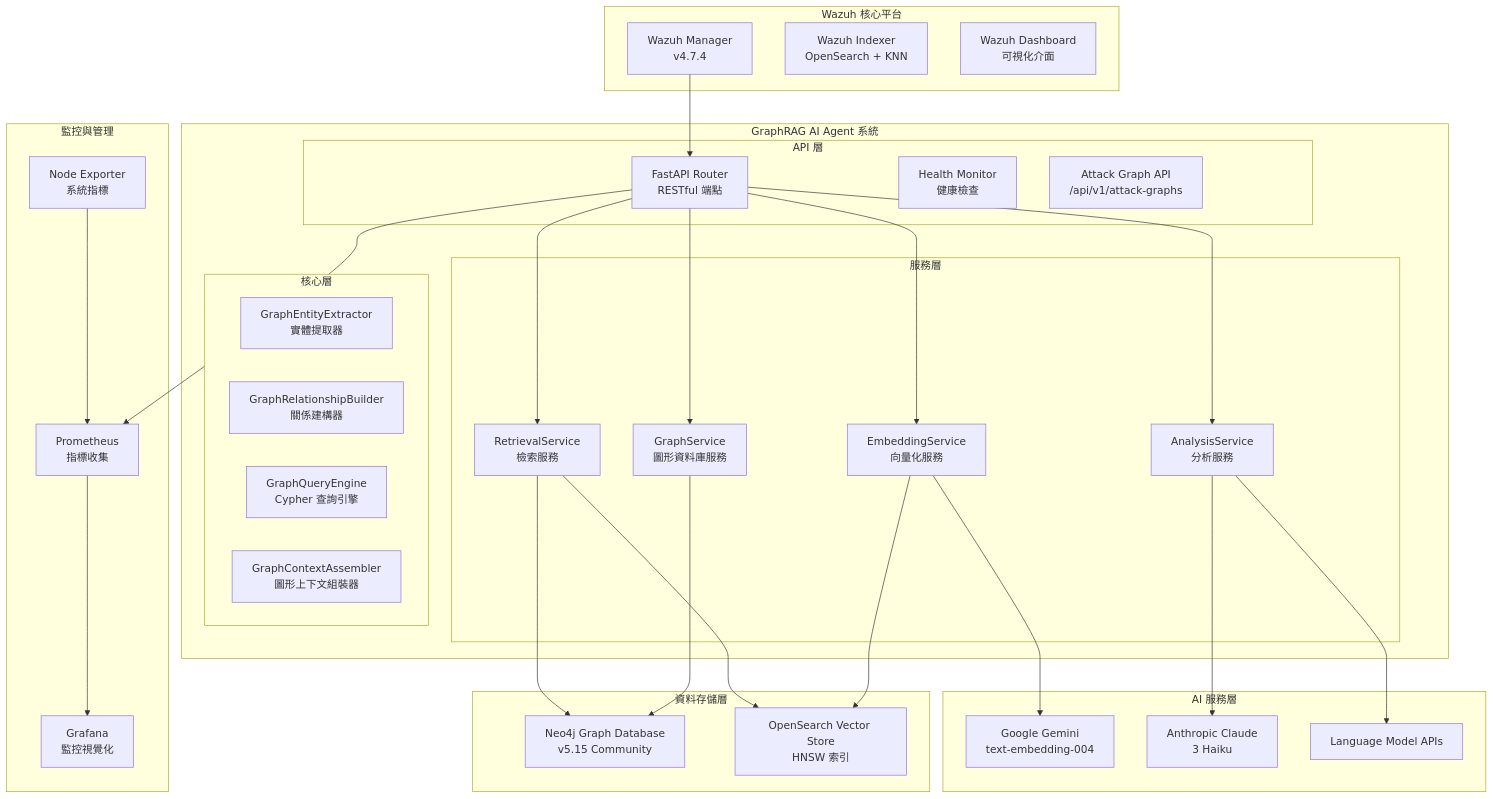
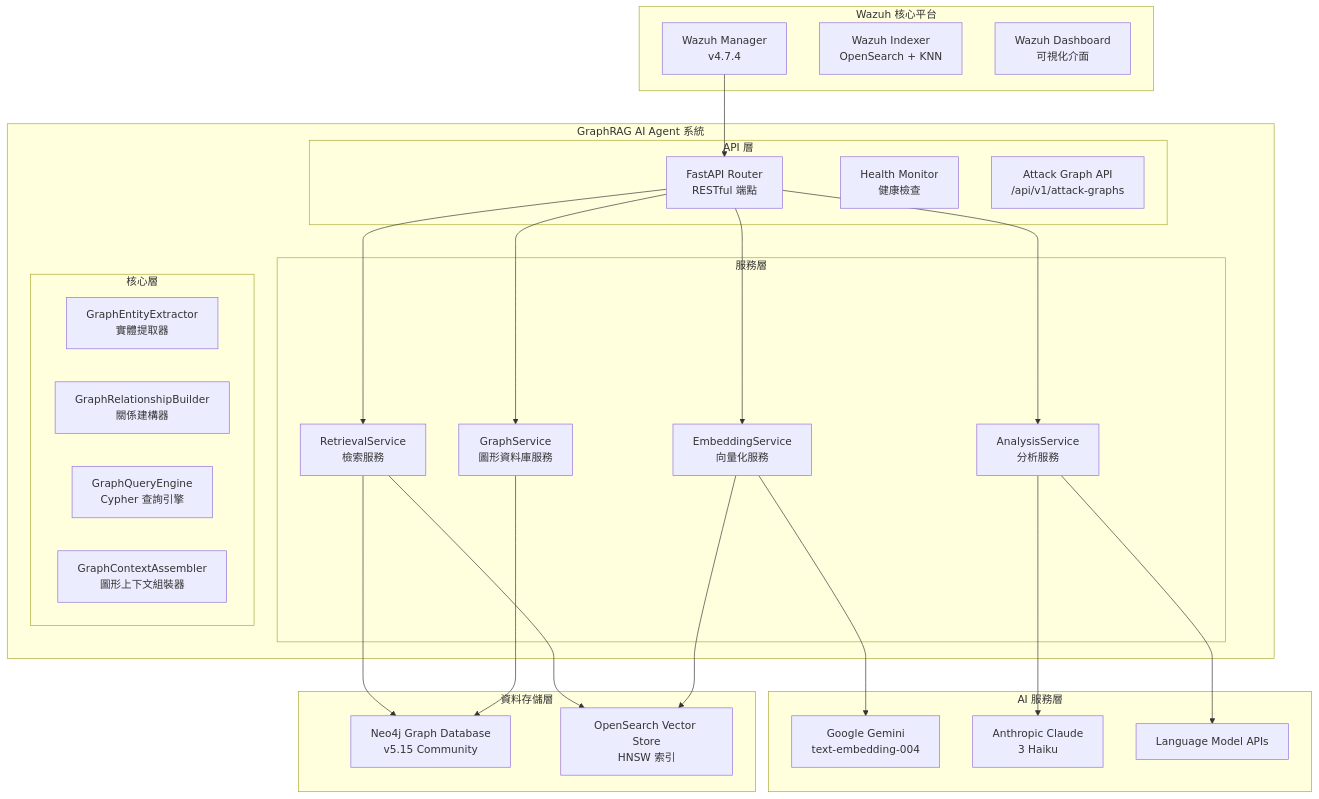
One commit to trionnemesis/wazuh_ai_agent changed the first of 2 diagrams in docs/ARCHITECTURE.md. Above: the diagram before and after it, drawn with Mermaid. The commit also changed other lines of this file and 35 other files, not shown here.

````diff
--- a/docs/ARCHITECTURE.md
+++ b/docs/ARCHITECTURE.md
@@ -24,68 +24,57 @@
 ```mermaid
 flowchart TD
     subgraph "Wazuh 核心平台"
         WM[Wazuh Manager<br/>v4.7.4]
         WI[Wazuh Indexer<br/>OpenSearch + KNN]  
         WD[Wazuh Dashboard<br/>可視化介面]
     end
     
     subgraph "GraphRAG AI Agent 系統"
         subgraph "API 層"
             FA[FastAPI Router<br/>RESTful 端點]
             HM[Health Monitor<br/>健康檢查]
             AA[Attack Graph API<br/>/api/v1/attack-graphs]
         end
         
         subgraph "服務層"
             ES[EmbeddingService<br/>向量化服務]
             GS[GraphService<br/>圖形資料庫服務]
             RS[RetrievalService<br/>檢索服務]
             AS[AnalysisService<br/>分析服務]
         end
         
         subgraph "核心層"
             GE[GraphEntityExtractor<br/>實體提取器]
             GR[GraphRelationshipBuilder<br/>關係建構器]
             GQ[GraphQueryEngine<br/>Cypher 查詢引擎]
             GC[GraphContextAssembler<br/>圖形上下文組裝器]
         end
     end
     
     subgraph "資料存儲層"
         NEO[Neo4j Graph Database<br/>v5.15 Community]
         OS[OpenSearch Vector Store<br/>HNSW 索引]
     end
     
     subgraph "AI 服務層"
         GEM[Google Gemini<br/>text-embedding-004]
         CLA[Anthropic Claude<br/>3 Haiku]
         LLM[Language Model APIs]
     end
     
-    subgraph "監控與管理"
-        PROM[Prometheus<br/>指標收集]
-        GRAF[Grafana<br/>監控視覺化]
-        NE[Node Exporter<br/>系統指標]
-    end
-    
     %% 資料流連接
     WM --> FA
     FA --> ES
     FA --> GS
     FA --> RS
     FA --> AS
     
     ES --> GEM
     AS --> CLA
     AS --> LLM
     
     GS --> NEO
     ES --> OS
     RS --> OS
     RS --> NEO
-    
-    %% 監控連接
-    FA --> PROM
-    PROM --> GRAF
-    NE --> PROM
 ```
````
